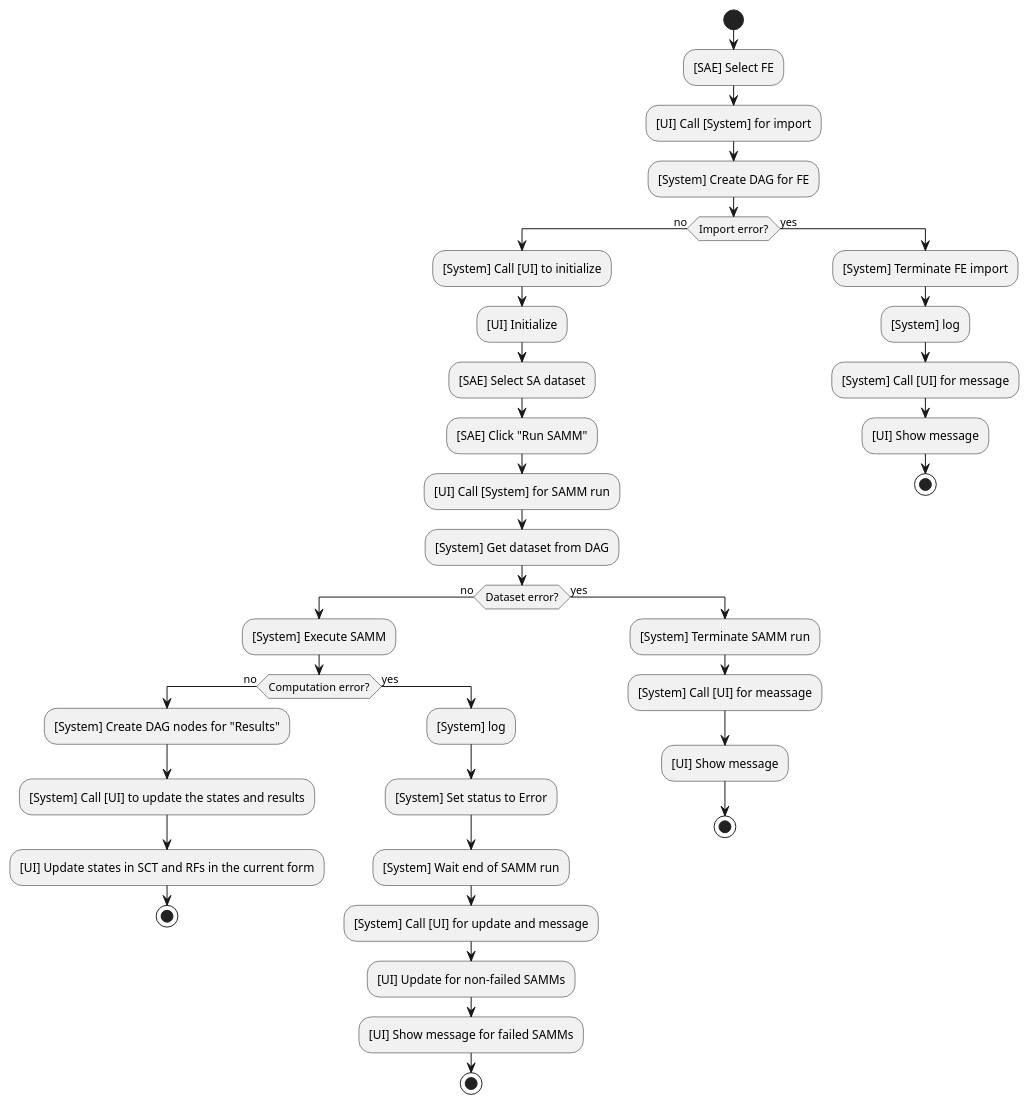
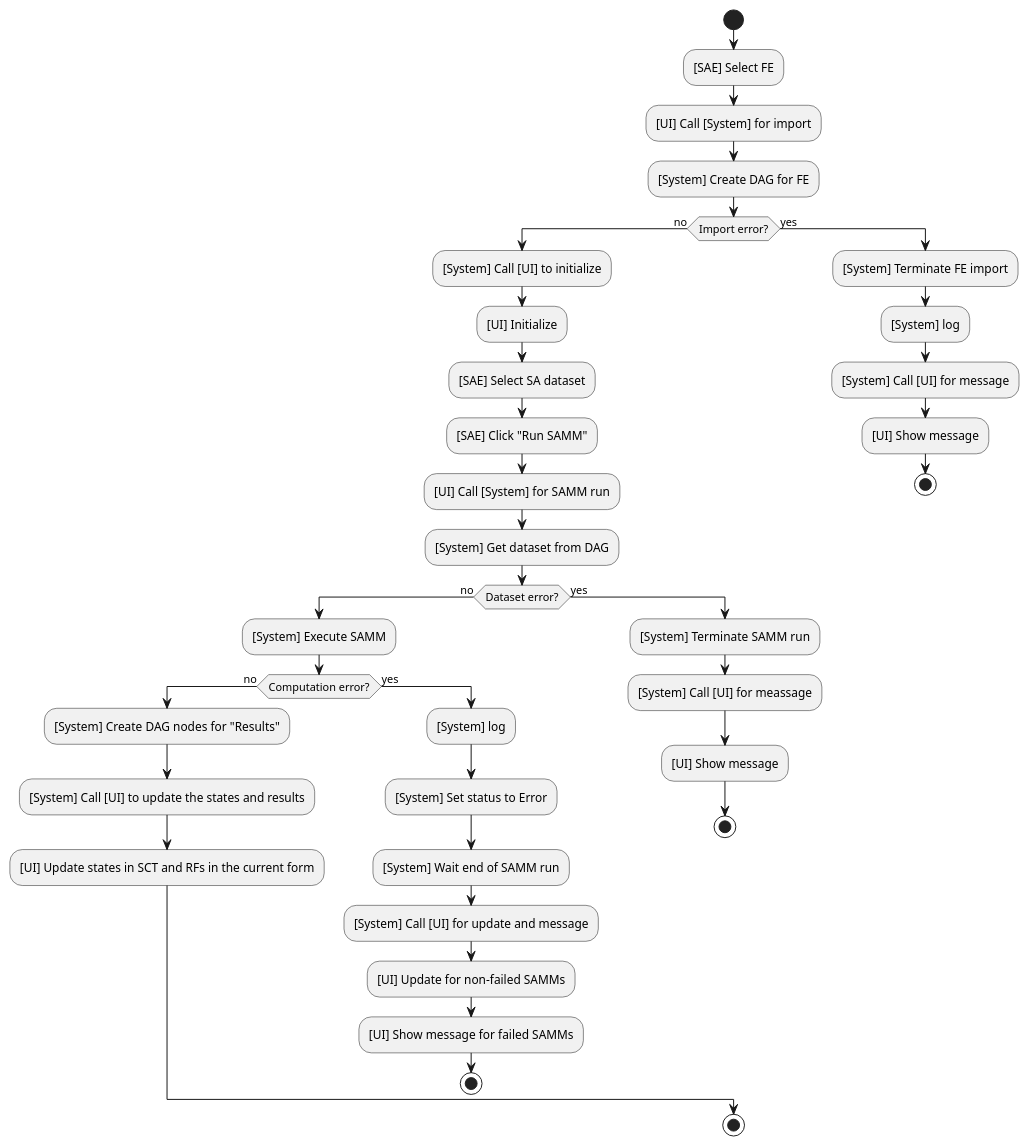
One commit to BarisAlbayrakIEEE/StructuralAnalysis changed the diagram in uml/UC_01.puml. Above: the diagram before and after it, drawn with PlantUML. The commit also changed 1 other file, not shown here.

```diff
--- a/uml/UC_01.puml
+++ b/uml/UC_01.puml
@@ -1,47 +1,48 @@
 @startuml UC_01
 
 start
 :[SAE] Select FE;
 :[UI] Call [System] for import;
 :[System] Create DAG for FE;
 
 if (Import error?) then (no)
   :[System] Call [UI] to initialize;
   :[UI] Initialize;
   :[SAE] Select SA dataset;
   :[SAE] Click "Run SAMM";
   :[UI] Call [System] for SAMM run;
   :[System] Get dataset from DAG;
 
   if (Dataset error?) then (no)
     :[System] Execute SAMM;
 
     if (Computation error?) then (no)
       :[System] Create DAG nodes for "Results";
       :[System] Call [UI] to update the states and results;
       :[UI] Update states in SCT and RFs in the current form;
-      stop
     else (yes)
       :[System] log;
       :[System] Set status to Error;
       :[System] Wait end of SAMM run;
       :[System] Call [UI] for update and message;
       :[UI] Update for non-failed SAMMs;
       :[UI] Show message for failed SAMMs;
       stop
     endif
   else (yes)
     :[System] Terminate SAMM run;
     :[System] Call [UI] for meassage;
     :[UI] Show message;
     stop
   endif
 else (yes)
   :[System] Terminate FE import;
   :[System] log;
   :[System] Call [UI] for message;
   :[UI] Show message;
   stop
 endif
 
+stop
+
 @enduml
```
